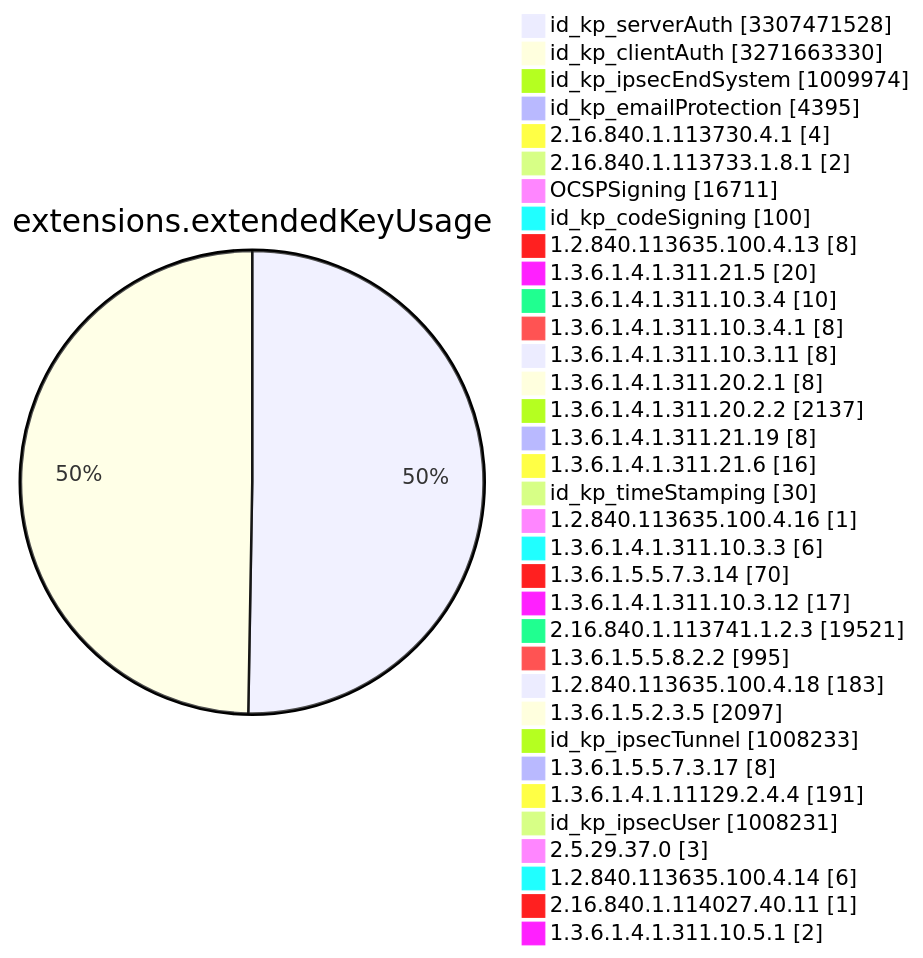
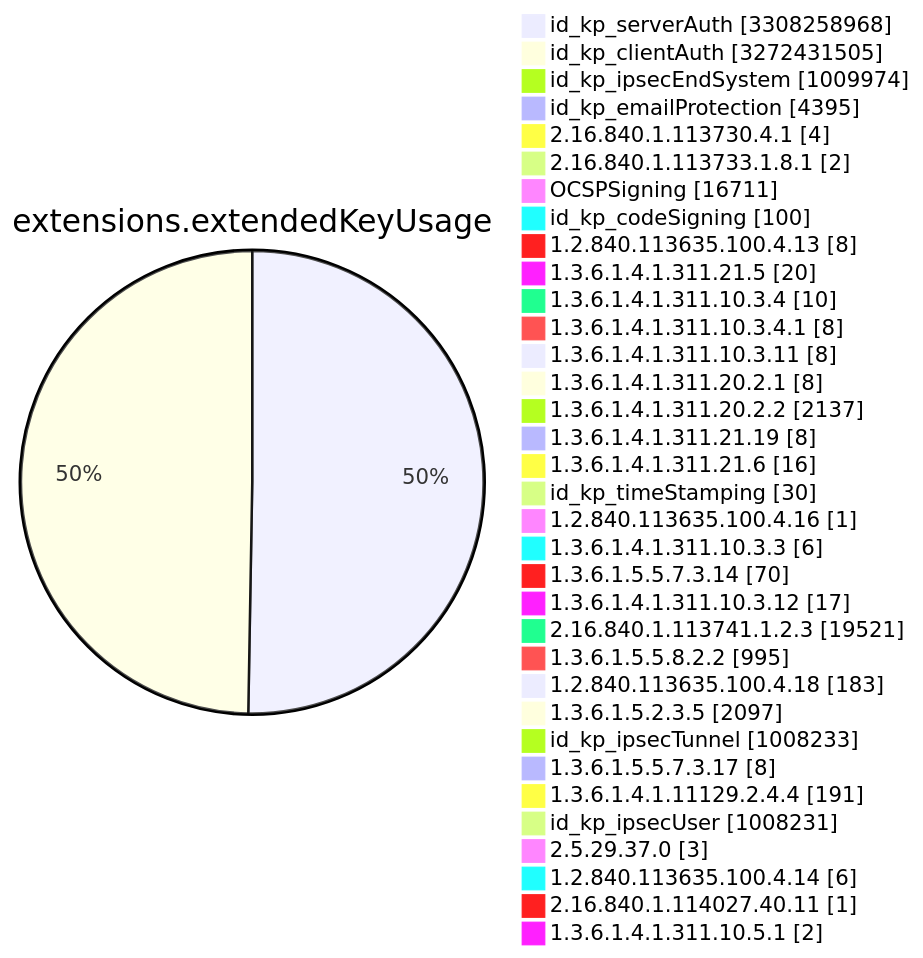
Diagram 11 of 15 in TOTAL/README.md (christiankrug/ctmonitor_visualization), drawn with Mermaid before and after one commit. The commit also changed other lines of this file, not shown here.

````diff
--- a/TOTAL/README.md
+++ b/TOTAL/README.md
@@ -4120,38 +4120,38 @@
 ```mermaid
 pie showData
 title extensions.extendedKeyUsage
-"id_kp_serverAuth" :3307471528
-"id_kp_clientAuth" :3271663330
+"id_kp_serverAuth" :3308258968
+"id_kp_clientAuth" :3272431505
 "id_kp_ipsecEndSystem" :1009974
 "id_kp_emailProtection" :4395
 "2.16.840.1.113730.4.1" :4
 "2.16.840.1.113733.1.8.1" :2
 "OCSPSigning" :16711
 "id_kp_codeSigning" :100
 "1.2.840.113635.100.4.13" :8
 "1.3.6.1.4.1.311.21.5" :20
 "1.3.6.1.4.1.311.10.3.4" :10
 "1.3.6.1.4.1.311.10.3.4.1" :8
 "1.3.6.1.4.1.311.10.3.11" :8
 "1.3.6.1.4.1.311.20.2.1" :8
 "1.3.6.1.4.1.311.20.2.2" :2137
 "1.3.6.1.4.1.311.21.19" :8
 "1.3.6.1.4.1.311.21.6" :16
 "id_kp_timeStamping" :30
 "1.2.840.113635.100.4.16" :1
 "1.3.6.1.4.1.311.10.3.3" :6
 "1.3.6.1.5.5.7.3.14" :70
 "1.3.6.1.4.1.311.10.3.12" :17
 "2.16.840.1.113741.1.2.3" :19521
 "1.3.6.1.5.5.8.2.2" :995
 "1.2.840.113635.100.4.18" :183
 "1.3.6.1.5.2.3.5" :2097
 "id_kp_ipsecTunnel" :1008233
 "1.3.6.1.5.5.7.3.17" :8
 "1.3.6.1.4.1.11129.2.4.4" :191
 "id_kp_ipsecUser" :1008231
 "2.5.29.37.0" :3
 "1.2.840.113635.100.4.14" :6
 "2.16.840.1.114027.40.11" :1
 "1.3.6.1.4.1.311.10.5.1" :2
 ```
````
